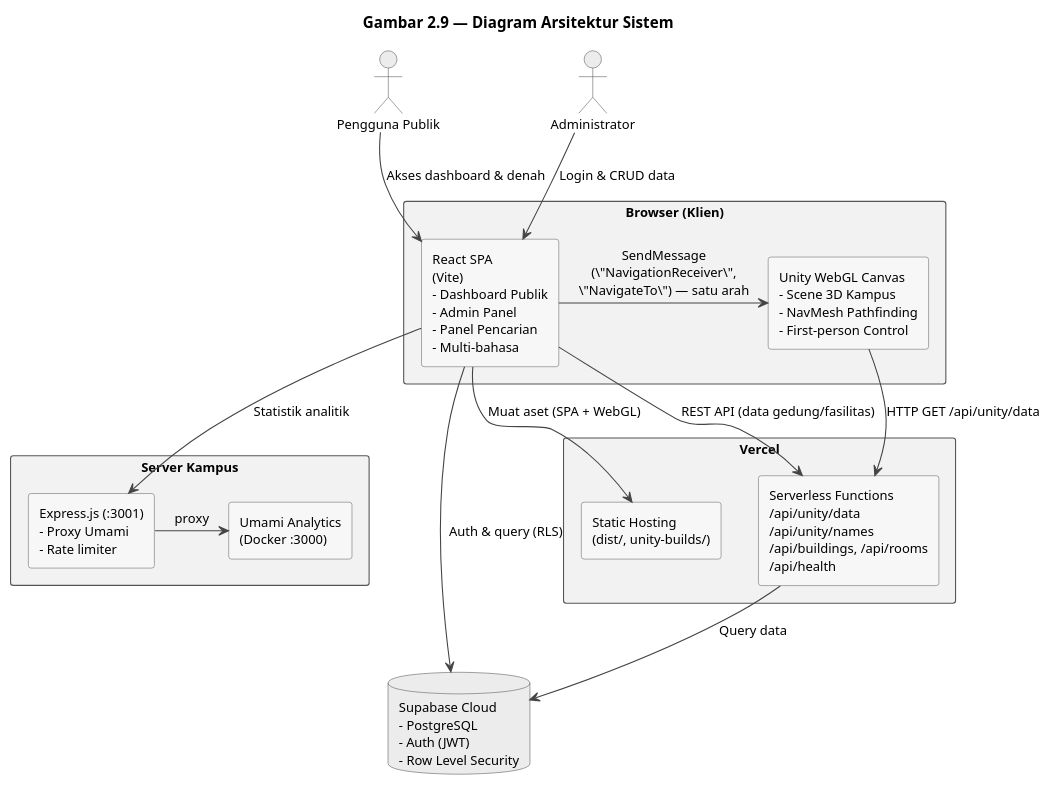
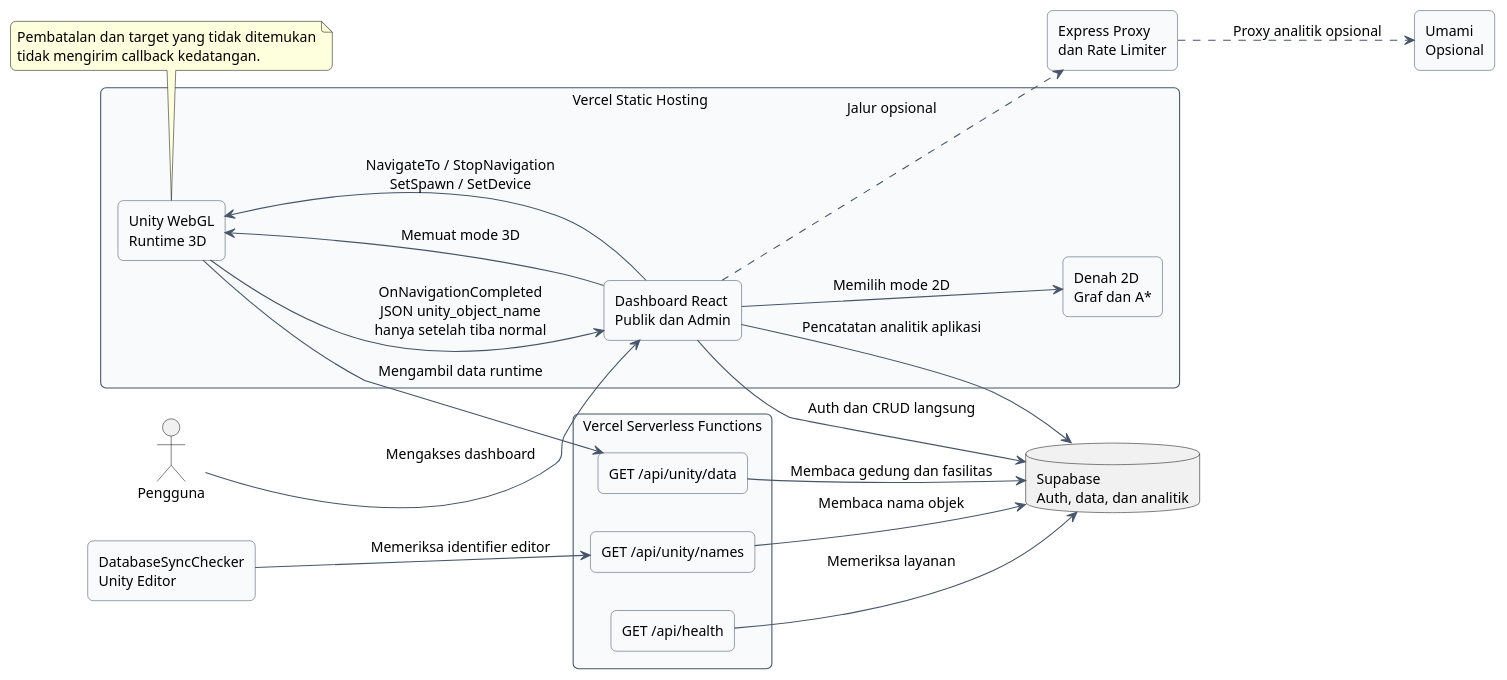
The diagram in diagrams/gambar-2.09-arsitektur-sistem.puml (Jokskuyy/workflow-ta-proyek), drawn with PlantUML before and after one commit. The commit also changed 76 other files, not shown here.

Commit message:
feat(report): finalisasi UML dan tipografi laporan Faiz

```diff
--- a/diagrams/gambar-2.09-arsitektur-sistem.puml
+++ b/diagrams/gambar-2.09-arsitektur-sistem.puml
@@ -1,68 +1,60 @@
-@startuml gambar-2-09-arsitektur-sistem
-' Gambar 2.9 - Diagram Arsitektur Sistem (versi terkini, mengacu PRD)
-' Menggantikan arsitektur lama (BuildingDataReceiver/BuildingClickHandler - deprecated)
-
-skinparam backgroundColor #FFFFFF
+@startuml
+skinparam defaultFontName "Times New Roman"
+skinparam defaultFontSize 13
 skinparam shadowing false
-skinparam defaultFontName "Segoe UI"
-skinparam defaultFontSize 12
-skinparam ArrowColor #444444
-skinparam componentStyle rectangle
+skinparam roundcorner 10
+skinparam ArrowColor #475569
 skinparam rectangle {
-  BackgroundColor #F2F2F2
-  BorderColor #555555
+  FontName "Times New Roman"
+  FontStyle plain
+  BackgroundColor #F8FAFC
+  BorderColor #475569
 }
 skinparam component {
-  BackgroundColor #F7F7F7
-  BorderColor #666666
-}
-skinparam database {
-  BackgroundColor #ECECEC
-  BorderColor #555555
-}
-skinparam actor {
-  BackgroundColor #ECECEC
-  BorderColor #555555
+  FontName "Times New Roman"
+  FontStyle plain
+  BackgroundColor #F8FAFC
+  BorderColor #475569
 }
 
-title Gambar 2.9 — Diagram Arsitektur Sistem
+left to right direction
 
-actor "Pengguna Publik" as User
-actor "Administrator" as Admin
+actor "Pengguna" as user
 
-rectangle "Browser (Klien)" as Browser {
-  component "React SPA\n(Vite)\n- Dashboard Publik\n- Admin Panel\n- Panel Pencarian\n- Multi-bahasa" as React
-  component "Unity WebGL Canvas\n- Scene 3D Kampus\n- NavMesh Pathfinding\n- First-person Control" as UnityCanvas
-  React -right-> UnityCanvas : SendMessage\n(\"NavigationReceiver\",\n\"NavigateTo\") — satu arah
+rectangle "Vercel Static Hosting" as vercel {
+  rectangle "Dashboard React\nPublik dan Admin" as react
+  rectangle "Denah 2D\nGraf dan A*" as map2d
+  rectangle "Unity WebGL\nRuntime 3D" as unity
 }
 
-rectangle "Vercel" as Vercel {
-  component "Static Hosting\n(dist/, unity-builds/)" as Static
-  component "Serverless Functions\n/api/unity/data\n/api/unity/names\n/api/buildings, /api/rooms\n/api/health" as Serverless
+rectangle "Vercel Serverless Functions" as api {
+  rectangle "GET /api/unity/data" as runtimeApi
+  rectangle "GET /api/unity/names" as editorApi
+  rectangle "GET /api/health" as healthApi
 }
 
-rectangle "Server Kampus" as Kampus {
-  component "Express.js (:3001)\n- Proxy Umami\n- Rate limiter" as Express
-  component "Umami Analytics\n(Docker :3000)" as Umami
-  Express -right-> Umami : proxy
-}
+database "Supabase\nAuth, data, dan analitik" as supabase
+rectangle "DatabaseSyncChecker\nUnity Editor" as checker
+rectangle "Express Proxy\ndan Rate Limiter" as express
+rectangle "Umami\nOpsional" as umami
 
-database "Supabase Cloud\n- PostgreSQL\n- Auth (JWT)\n- Row Level Security" as Supabase
+user --> react : Mengakses dashboard
+react --> map2d : Memilih mode 2D
+react --> unity : Memuat mode 3D
+react --> supabase : Auth dan CRUD langsung
+react --> supabase : Pencatatan analitik aplikasi
+unity --> runtimeApi : Mengambil data runtime
+runtimeApi --> supabase : Membaca gedung dan fasilitas
+checker --> editorApi : Memeriksa identifier editor
+editorApi --> supabase : Membaca nama objek
+react --> unity : NavigateTo / StopNavigation\nSetSpawn / SetDevice
+unity --> react : OnNavigationCompleted\nJSON unity_object_name\nhanya setelah tiba normal
+express ..> umami : Proxy analitik opsional
+react ..> express : Jalur opsional
+healthApi --> supabase : Memeriksa layanan
 
-' Alur pengguna
-User --> React : Akses dashboard & denah
-Admin --> React : Login & CRUD data
-
-' Frontend ke layanan
-React --> Static : Muat aset (SPA + WebGL)
-React --> Serverless : REST API (data gedung/fasilitas)
-React --> Supabase : Auth & query (RLS)
-React --> Express : Statistik analitik
-
-' Unity menarik data sendiri (runtime)
-UnityCanvas --> Serverless : HTTP GET /api/unity/data
-
-' Serverless ke database
-Serverless --> Supabase : Query data
-
+note bottom of unity
+Pembatalan dan target yang tidak ditemukan
+tidak mengirim callback kedatangan.
+end note
 @enduml
```
